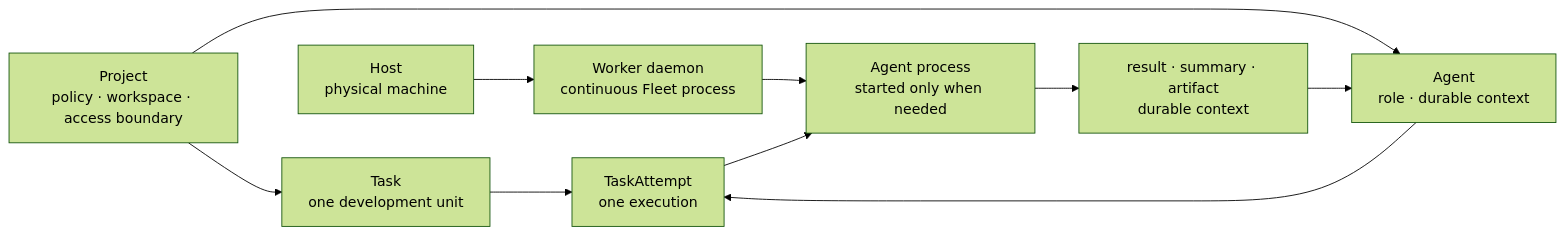
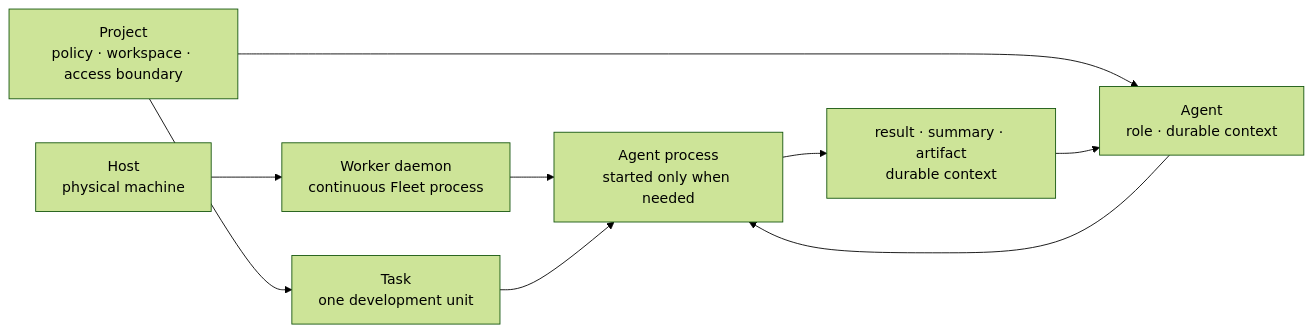
The first of 3 diagrams in docs/architecture/entity-placement-and-context.md (yarang/grok-fleet-orchestrator), drawn with Mermaid (forest theme) before and after one commit. The commit also changed other lines of this file and 27 other files, not shown here.

````diff
--- a/docs/architecture/entity-placement-and-context.md
+++ b/docs/architecture/entity-placement-and-context.md
@@ -20,12 +21,11 @@
 ```mermaid
 flowchart LR
     Project["Project\npolicy · workspace · access boundary"] --> Task["Task\none development unit"]
     Project --> Agent["Agent\nrole · durable context"]
     Host["Host\nphysical machine"] --> Worker["Worker daemon\ncontinuous Fleet process"]
-    Task --> Attempt["TaskAttempt\none execution"]
-    Agent --> Attempt
     Worker --> Process["Agent process\nstarted only when needed"]
-    Attempt --> Process
+    Task --> Process
+    Agent --> Process
     Process --> Context["result · summary · artifact\ndurable context"]
     Context --> Agent
 ```
````
